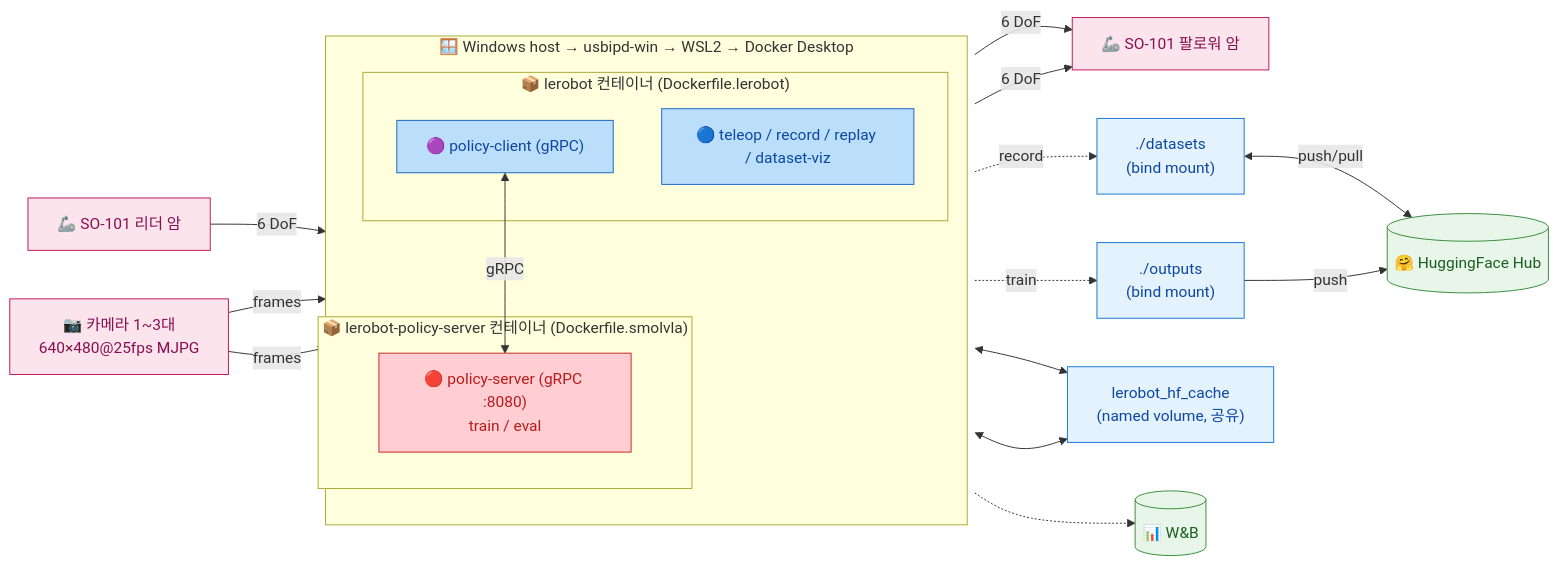
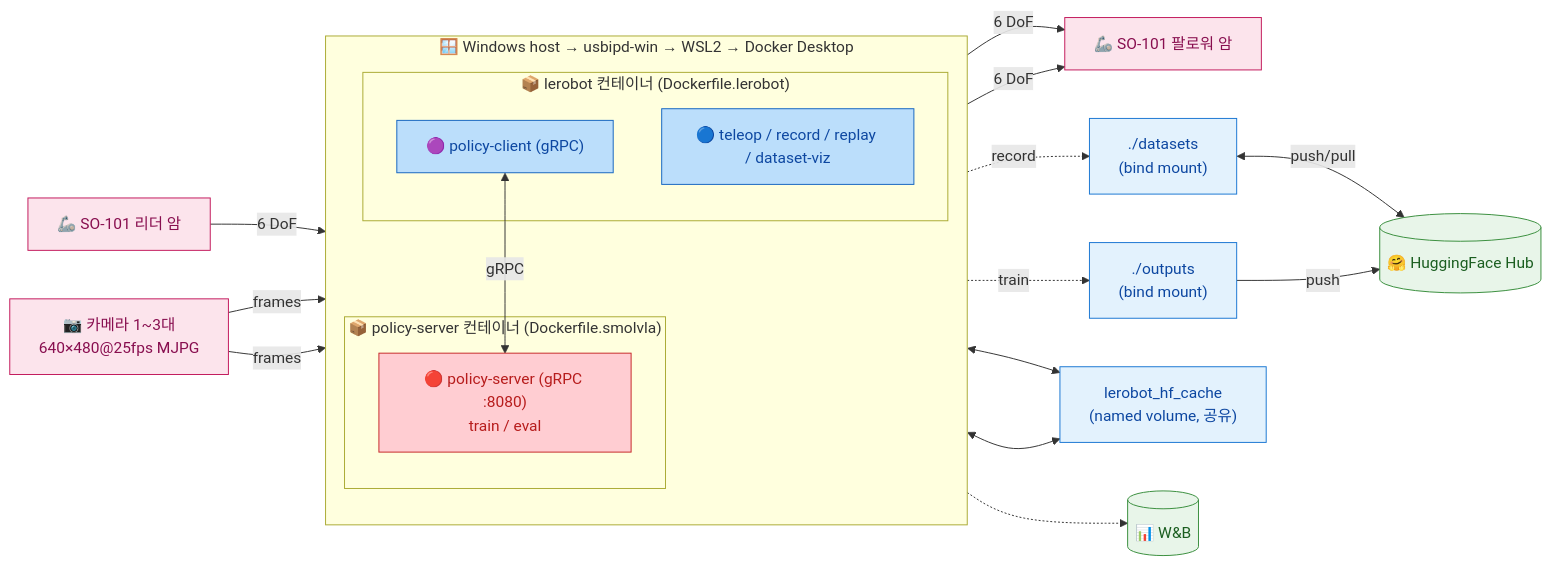
The second of 3 diagrams in README.md (PubCyBerry/SO101-Sim2Real), drawn with Mermaid before and after one commit. The commit also changed other lines of this file and 7 other files, not shown here.

````diff
--- a/README.md
+++ b/README.md
@@ -485,43 +485,43 @@
 ```mermaid
 flowchart LR
     classDef hw fill:#fce4ec,stroke:#c2185b,color:#880e4f
     classDef host fill:#e3f2fd,stroke:#1976d2,color:#0d47a1
     classDef cloud fill:#e8f5e9,stroke:#388e3c,color:#1b5e20
     classDef teleopNode fill:#bbdefb,stroke:#1565c0,color:#0d47a1
     classDef policyNode fill:#ffcdd2,stroke:#c62828,color:#b71c1c
 
     LEAD["🦾 SO-101 리더 암"]:::hw
     CAM["📷 카메라 1~3대<br/>640×480@25fps MJPG"]:::hw
     FOLL["🦾 SO-101 팔로워 암"]:::hw
 
     subgraph WSL["🪟 Windows host → usbipd-win → WSL2 → Docker Desktop"]
         direction TB
         subgraph LERO["📦 lerobot 컨테이너 (Dockerfile.lerobot)"]
             T["🔵 teleop / record / replay / dataset-viz"]:::teleopNode
             PC["🟣 policy-client (gRPC)"]:::teleopNode
         end
-        subgraph SRV["📦 lerobot-policy-server 컨테이너 (Dockerfile.smolvla)"]
+        subgraph SRV["📦 policy-server 컨테이너 (Dockerfile.smolvla)"]
             PS["🔴 policy-server (gRPC :8080)<br/>train / eval"]:::policyNode
         end
     end
 
     DS["./datasets<br/>(bind mount)"]:::host
     OUT["./outputs<br/>(bind mount)"]:::host
     CACHE["lerobot_hf_cache<br/>(named volume, 공유)"]:::host
     HF[("🤗 HuggingFace Hub")]:::cloud
     WB[("📊 W&B")]:::cloud
 
     LEAD -->|6 DoF| T
     CAM -->|frames| T
     CAM -->|frames| PC
     T -->|6 DoF| FOLL
     PC -->|6 DoF| FOLL
     PC <-->|gRPC| PS
     T -.->|record| DS
     PS -.->|train| OUT
     DS <-->|push/pull| HF
     OUT -->|push| HF
     PS -.-> WB
     PS <--> CACHE
     PC <--> CACHE
 ```
````
